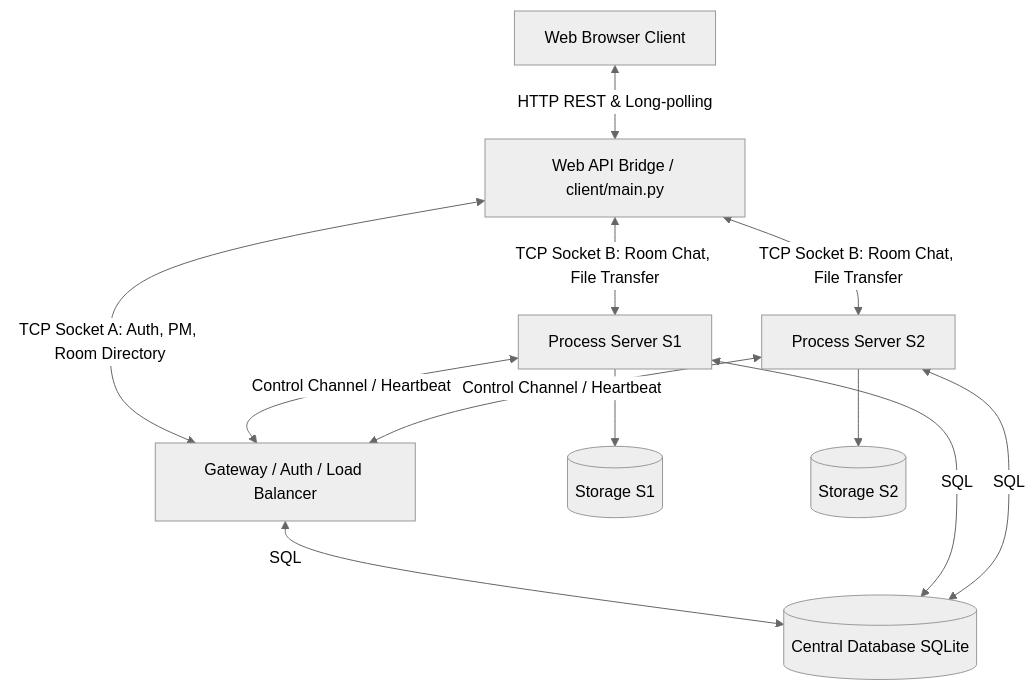
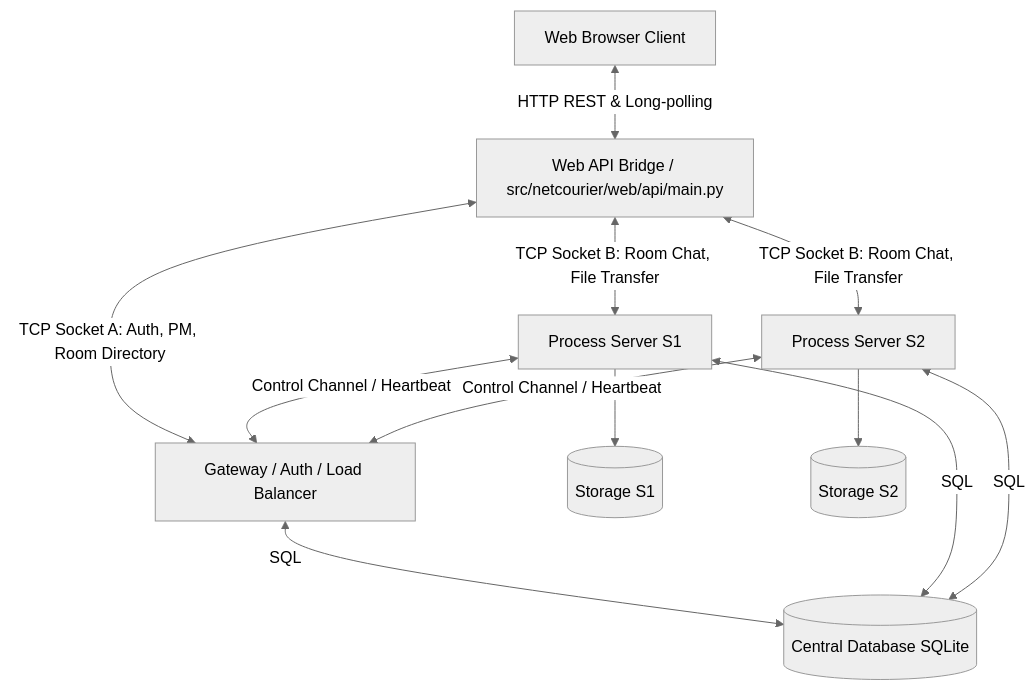
Before and after one commit to erlanggardr/netcourier: the first of 5 diagrams in README.md, drawn with Mermaid (neutral theme). The commit also changed other lines of this file and 6 other files, not shown here.

````diff
--- a/README.md
+++ b/README.md
@@ -13,17 +13,17 @@
 ```mermaid
 flowchart TD
-    Browser[Web Browser Client] <-->|HTTP REST & Long-polling| Bridge[Web API Bridge / client/main.py]
+    Browser[Web Browser Client] <-->|HTTP REST & Long-polling| Bridge[Web API Bridge / src/netcourier/web/api/main.py]
     Bridge <-->|TCP Socket A: Auth, PM, Room Directory| G[Gateway / Auth / Load Balancer]
     Bridge <-->|TCP Socket B: Room Chat, File Transfer| S1[Process Server S1]
     Bridge <-->|TCP Socket B: Room Chat, File Transfer| S2[Process Server S2]
 
     G <-->|SQL| DB[(Central Database SQLite)]
     S1 <-->|SQL| DB
     S2 <-->|SQL| DB
 
     S1 --> FS1[(Storage S1)]
     S2 --> FS2[(Storage S2)]
 
     S1 <-->|Control Channel / Heartbeat| G
     S2 <-->|Control Channel / Heartbeat| G
 ```
````
